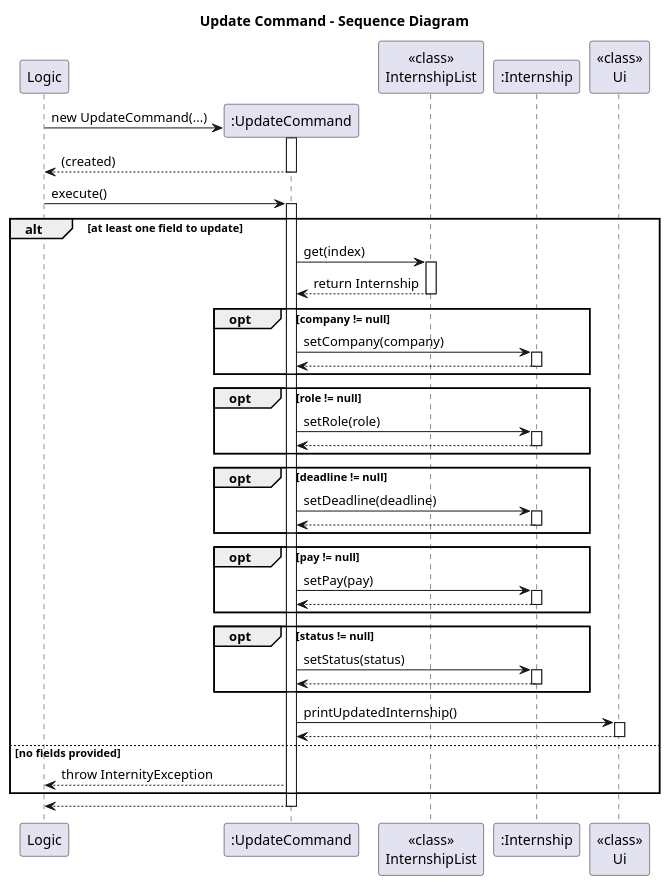
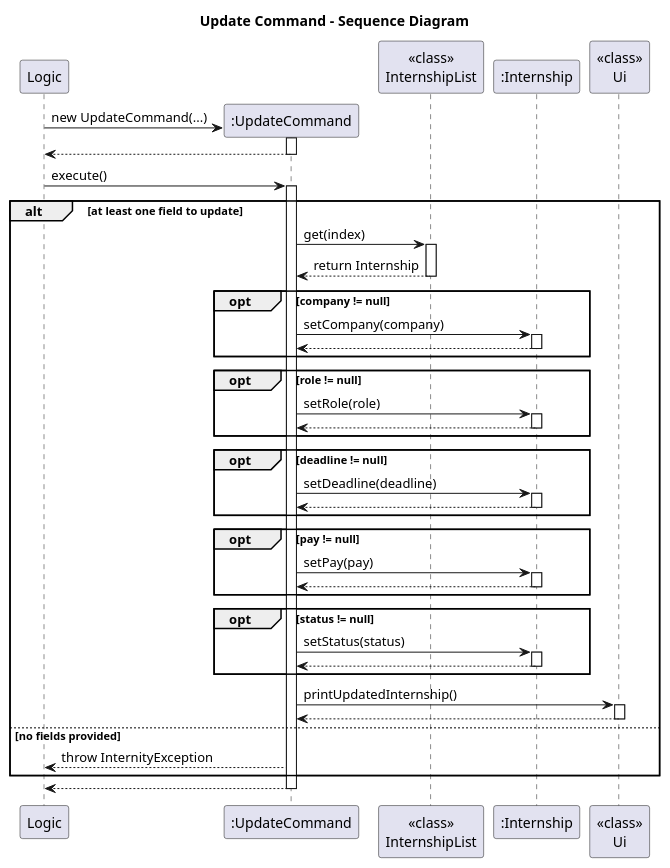
One commit to AY2526S1-CS2113-W14-4/tp changed the diagram in docs/diagrams/UpdateCommandSD.puml. Above: the diagram before and after it, drawn with PlantUML. The commit also changed 23 other files, not shown here.

Commit message:
Fix constructor notation for UML

```diff
--- a/docs/diagrams/UpdateCommandSD.puml
+++ b/docs/diagrams/UpdateCommandSD.puml
@@ -1,69 +1,69 @@
 @startuml
 title Update Command - Sequence Diagram
 
 participant Logic
 create ":UpdateCommand" as UC
 participant "<<class>>\nInternshipList" as IL
 participant ":Internship" as IN
 participant "<<class>>\nUi" as Ui
 
 Logic -> UC**: new UpdateCommand(...)
 activate UC
-return (created)
+return
 
 Logic -> UC: execute()
 activate UC
 
 alt at least one field to update
     UC -> IL: get(index)
     activate IL
     IL --> UC : return Internship
     deactivate IL
 
     opt company != null
         UC -> IN: setCompany(company)
         activate IN
         IN --> UC
         deactivate IN
     end
 
     opt role != null
         UC -> IN: setRole(role)
         activate IN
         IN --> UC
         deactivate IN
     end
 
     opt deadline != null
         UC -> IN: setDeadline(deadline)
         activate IN
         IN --> UC
         deactivate IN
     end
 
     opt pay != null
         UC -> IN: setPay(pay)
         activate IN
         IN --> UC
         deactivate IN
     end
 
     opt status != null
         UC -> IN: setStatus(status)
         activate IN
         IN --> UC
         deactivate IN
     end
 
     UC -> Ui: printUpdatedInternship()
     activate Ui
     Ui --> UC
     deactivate Ui
 
 else no fields provided
     UC --> Logic: throw InternityException
 end
 
 UC --> Logic
 deactivate UC
 @enduml
```
